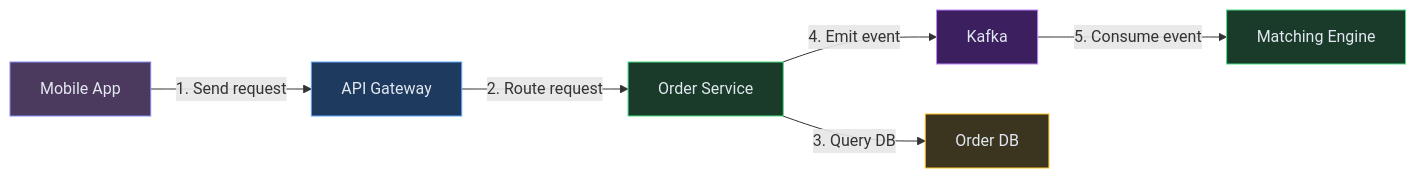
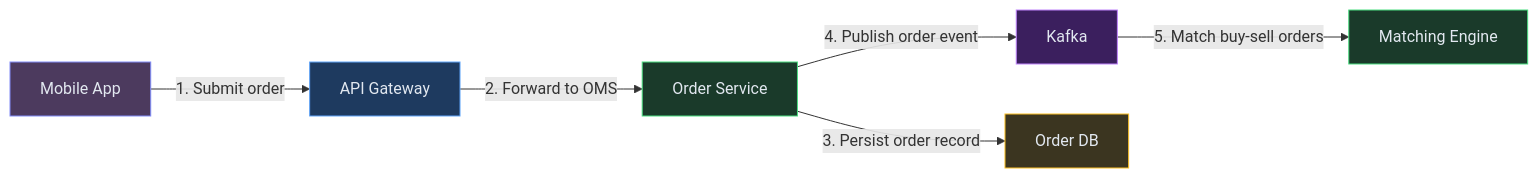
Before and after one commit to iluzn/HLD-Designs: the second of 9 diagrams in content/hld/StockBroker.md, drawn with Mermaid. The commit also changed other lines of this file and 27 other files, not shown here.

````diff
--- a/content/hld/StockBroker.md
+++ b/content/hld/StockBroker.md
@@ -195,21 +195,21 @@
 ```mermaid
 flowchart LR
     App["Mobile App"]:::client
     GW["API Gateway"]:::edge
     OMS["Order Service"]:::service
     KF["Kafka"]:::async
     ME["Matching Engine"]:::service
     DB["Order DB"]:::data
 
-    App -->|"1. Send request"| GW
-    GW -->|"2. Route request"| OMS
-    OMS -->|"3. Query DB"| DB
-    OMS -->|"4. Emit event"| KF
-    KF -->|"5. Consume event"| ME
+    App -->|"1. Submit order"| GW
+    GW -->|"2. Forward to OMS"| OMS
+    OMS -->|"3. Persist order record"| DB
+    OMS -->|"4. Publish order event"| KF
+    KF -->|"5. Match buy-sell orders"| ME
 
     classDef client fill:#4c3a5e,stroke:#818cf8,color:#e2e8f0
     classDef edge fill:#1e3a5f,stroke:#60a5fa,color:#e2e8f0
     classDef service fill:#1a3a2a,stroke:#4ade80,color:#e2e8f0
     classDef async fill:#3b1f5e,stroke:#c084fc,color:#e2e8f0
     classDef data fill:#3b3520,stroke:#fbbf24,color:#e2e8f0
 ```
````
